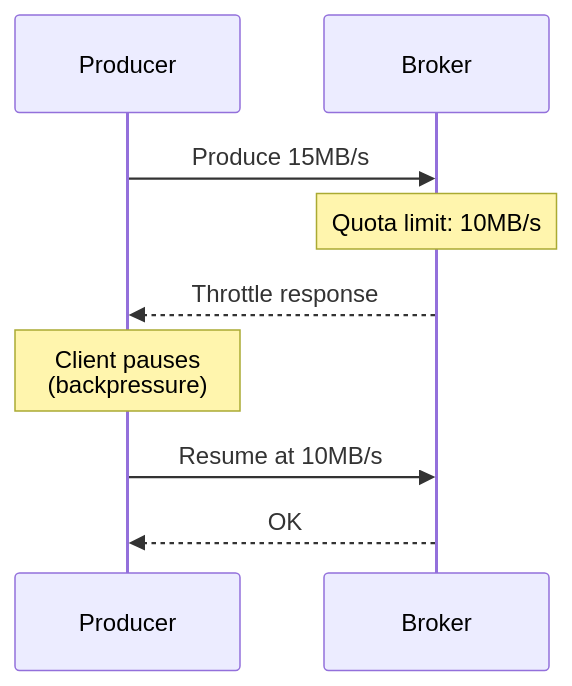
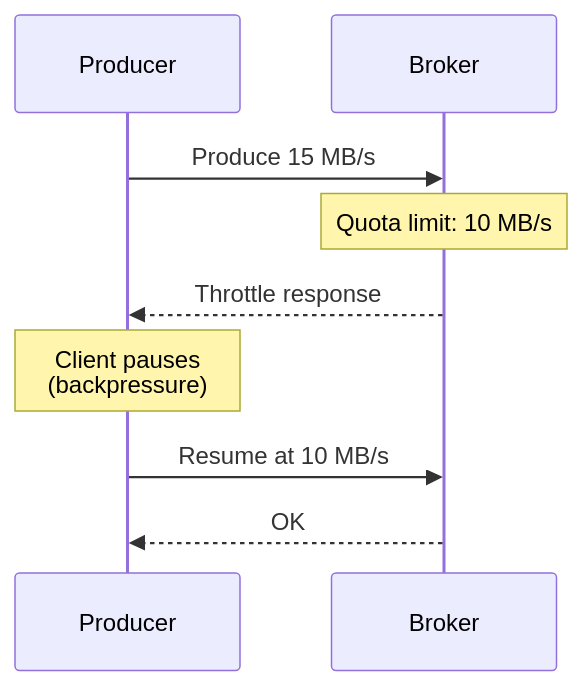
One commit to bmscomp/kates changed the second of 2 diagrams in docs/book/19-multi-tenancy.md. Above: the diagram before and after it, drawn with Mermaid. The commit also changed other lines of this file and 52 other files, not shown here.

````diff
--- a/docs/book/19-multi-tenancy.md
+++ b/docs/book/19-multi-tenancy.md
@@ -242,15 +250,15 @@
 ```mermaid
 %%| label: fig-mt-quota-throttle
 %%| fig-cap: "A producer over its quota is slowed down, not refused."
 %%| fig-alt: "Sequence diagram. A producer sends 15 MB/s to a broker whose quota for it is 10 MB/s. The broker answers with a throttle response, the client pauses, then resumes at 10 MB/s and the broker answers OK."
 sequenceDiagram
     participant Producer
     participant Broker
 
-    Producer->>Broker: Produce 15MB/s
-    Note over Broker: Quota limit: 10MB/s
+    Producer->>Broker: Produce 15 MB/s
+    Note over Broker: Quota limit: 10 MB/s
     Broker-->>Producer: Throttle response
     Note over Producer: Client pauses<br/>(backpressure)
-    Producer->>Broker: Resume at 10MB/s
+    Producer->>Broker: Resume at 10 MB/s
     Broker-->>Producer: OK
 ```
````
